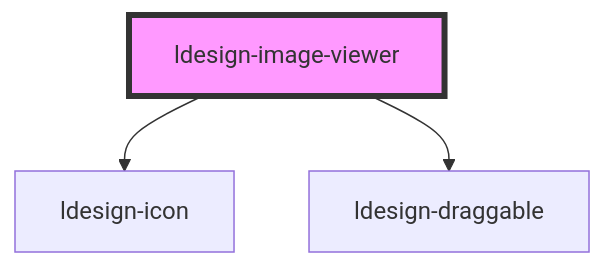
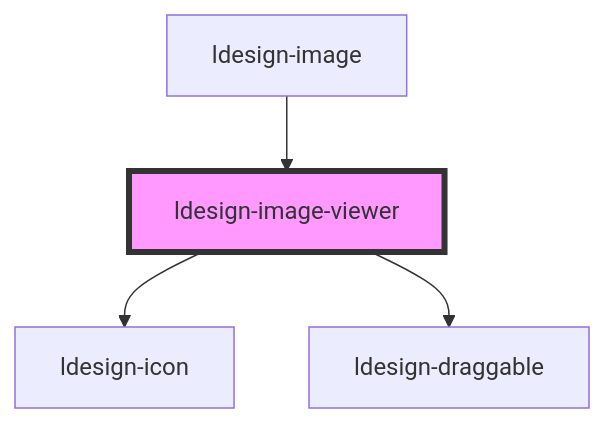
Before and after one commit to poly1603/ldesign: the diagram in packages/webcomponent/src/components/image-viewer/readme.md, drawn with Mermaid. The commit also changed other lines of this file and 35 other files, not shown here.

First line of the commit message:
feat(image): 优化图片组件加载状态和占位布局

````diff
--- a/packages/webcomponent/src/components/image-viewer/readme.md
+++ b/packages/webcomponent/src/components/image-viewer/readme.md
@@ -62,6 +66,7 @@
 ```mermaid
 graph TD;
   ldesign-image-viewer --> ldesign-icon
   ldesign-image-viewer --> ldesign-draggable
+  ldesign-image --> ldesign-image-viewer
   style ldesign-image-viewer fill:#f9f,stroke:#333,stroke-width:4px
 ```
````
